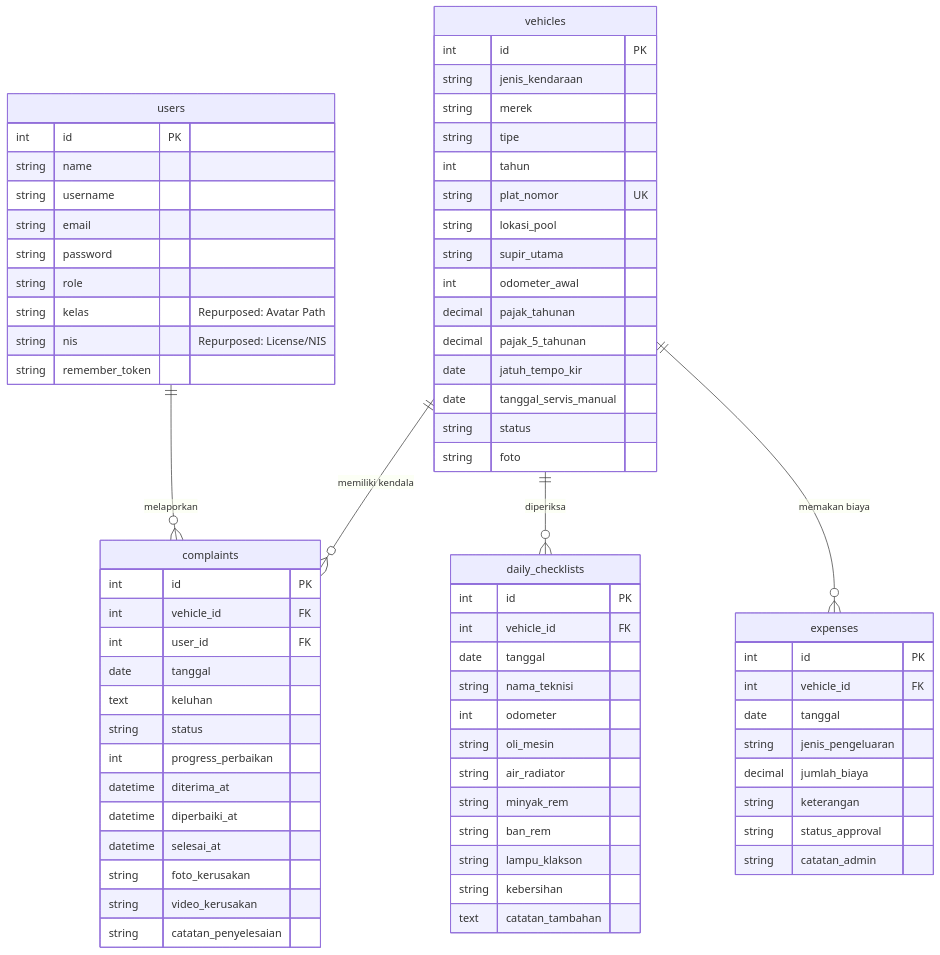
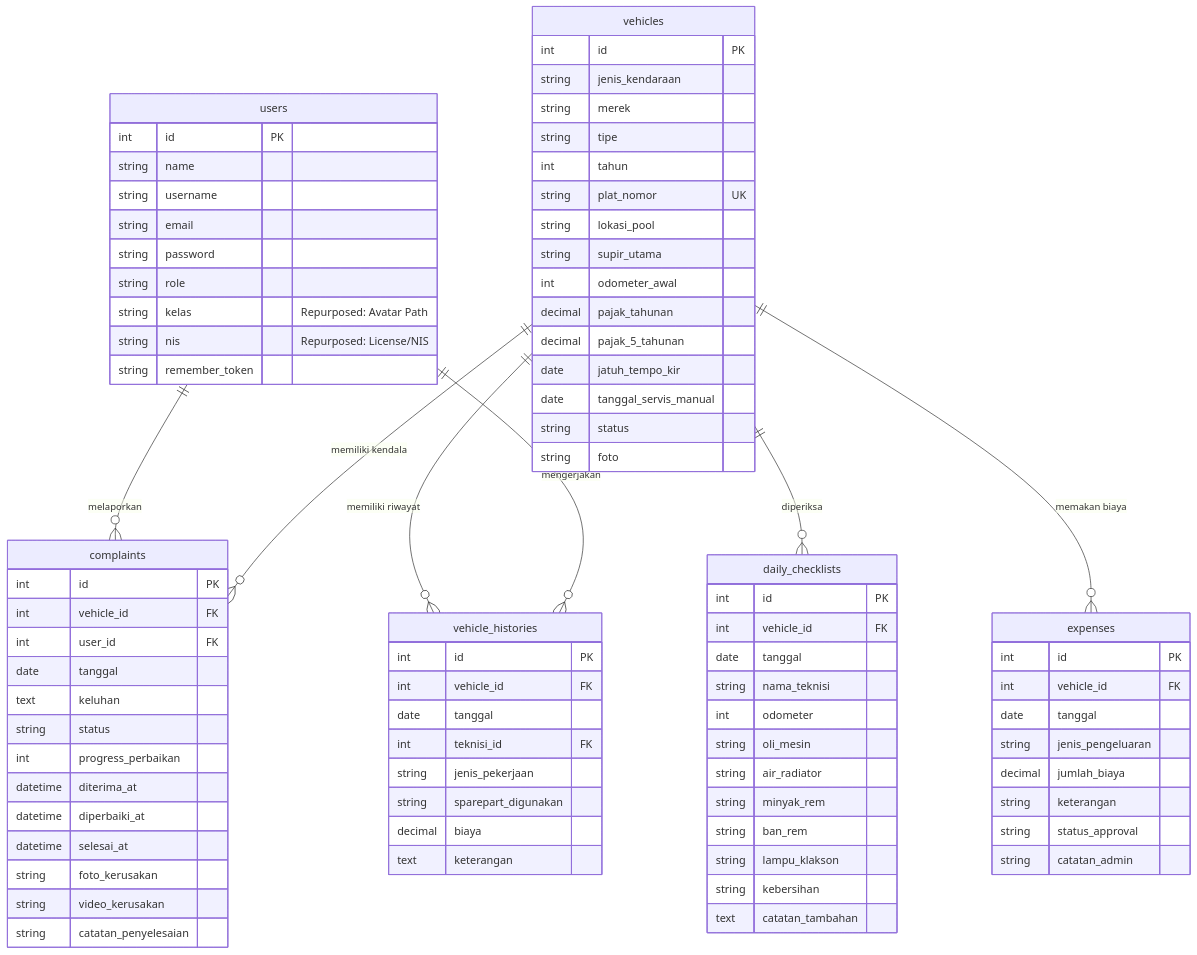
The fourth of 4 diagrams in doc/belajar_sistem_armada.md (stinrhmwti/belajar_laravel), drawn with Mermaid before and after one commit. The commit also changed other lines of this file and 48 other files, not shown here.

````diff
--- a/doc/belajar_sistem_armada.md
+++ b/doc/belajar_sistem_armada.md
@@ -358,8 +394,21 @@
         string catatan_penyelesaian
     }
 
+    vehicle_histories {
+        int id PK
+        int vehicle_id FK
+        date tanggal
+        int teknisi_id FK
+        string jenis_pekerjaan
+        string sparepart_digunakan
+        decimal biaya
+        text keterangan
+    }
+
     users ||--o{ complaints : "melaporkan"
     vehicles ||--o{ daily_checklists : "diperiksa"
     vehicles ||--o{ expenses : "memakan biaya"
     vehicles ||--o{ complaints : "memiliki kendala"
+    vehicles ||--o{ vehicle_histories : "memiliki riwayat"
+    users ||--o{ vehicle_histories : "mengerjakan"
 ```
````
